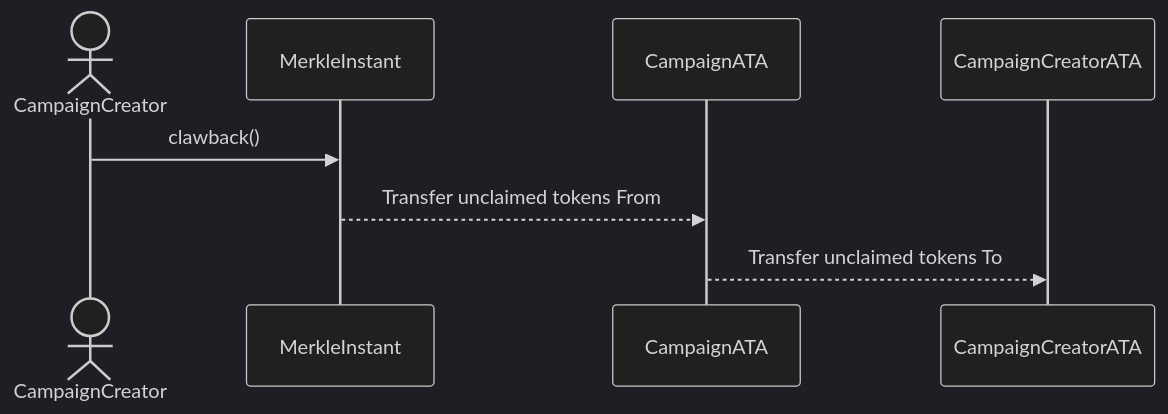
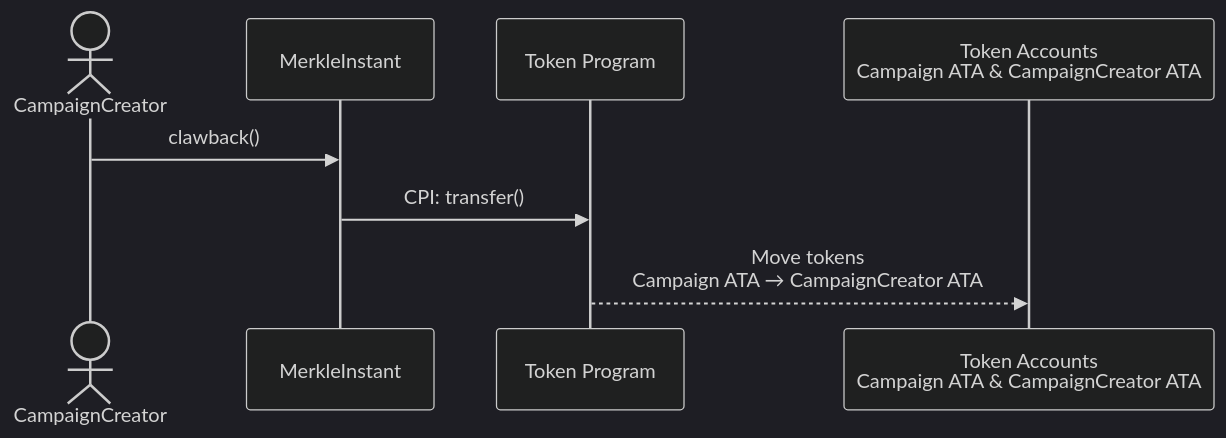
Before and after one commit to sablier-labs/docs: the eighth of 8 diagrams in docs/solana/accounts-architecture/02-merkle-instant.md, drawn with Mermaid (dark theme). The commit also changed other lines of this file and 1 other file, not shown here.

Commit message:
improve token diagrams

````diff
--- a/docs/solana/accounts-architecture/02-merkle-instant.md
+++ b/docs/solana/accounts-architecture/02-merkle-instant.md
@@ -113,8 +116,11 @@
 ```mermaid
 sequenceDiagram
     actor CampaignCreator
+    participant MerkleInstant
+    participant TokenProgram as Token Program
+    participant Accounts as Token Accounts<br/>Campaign ATA & CampaignCreator ATA
 
     CampaignCreator->>MerkleInstant: clawback()
-    MerkleInstant -->> CampaignATA: Transfer unclaimed tokens From
-    CampaignATA -->> CampaignCreatorATA: Transfer unclaimed tokens To
+    MerkleInstant->>TokenProgram: CPI: transfer()
+    TokenProgram-->>Accounts: Move tokens<br/>Campaign ATA → CampaignCreator ATA
 ```
````
